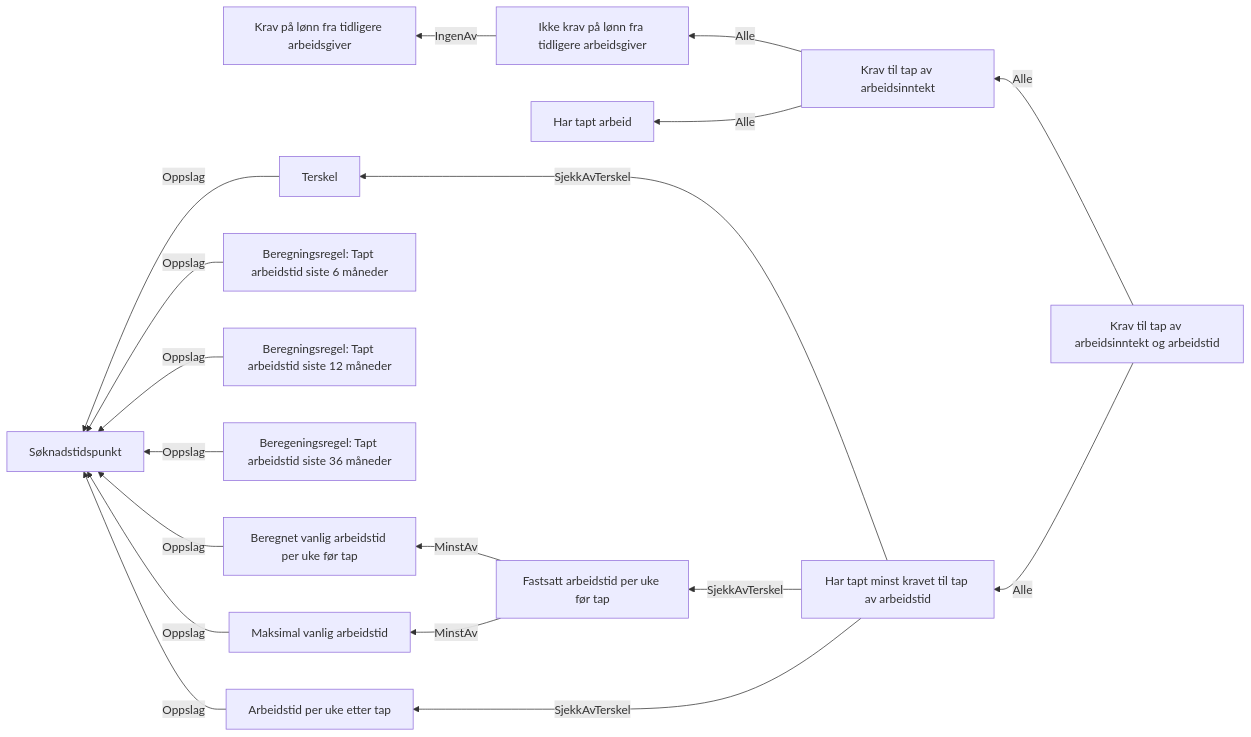
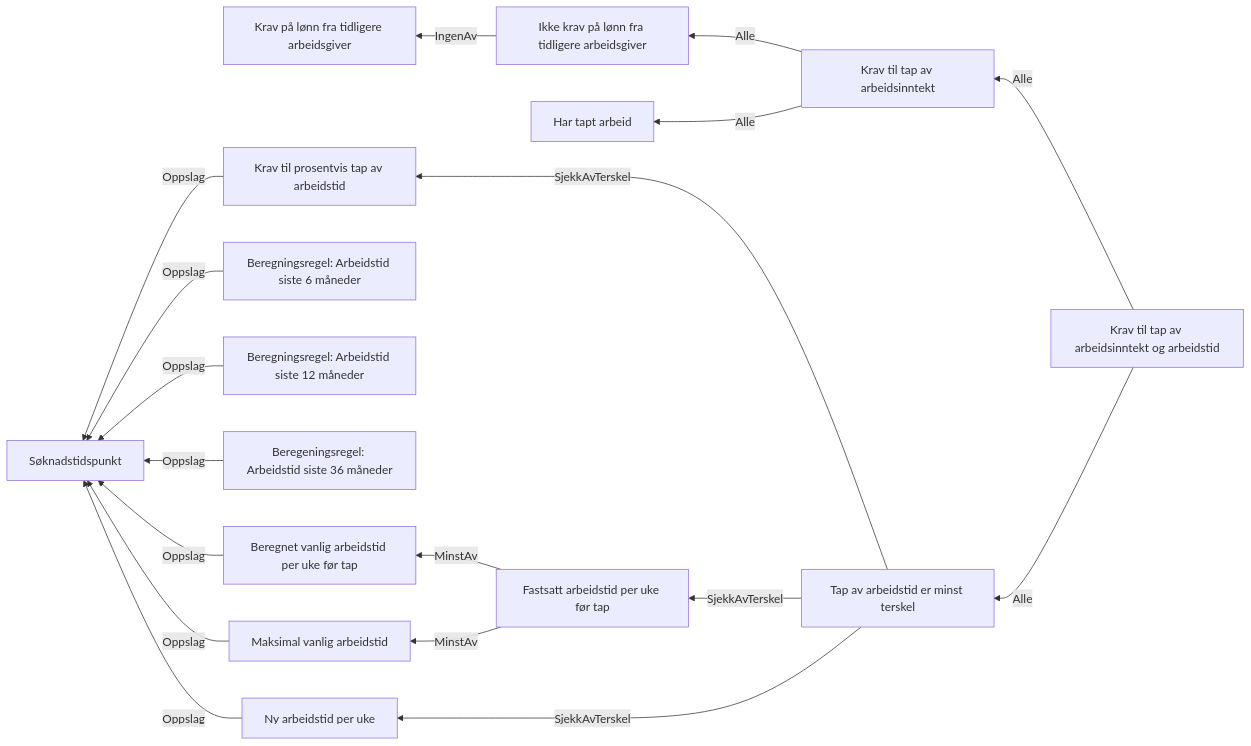
The diagram in docs/regler/§ 4-3. Tap av arbeidsinntekt og arbeidstid.approved.md (navikt/dp-vedtak), drawn with Mermaid before and after one commit.

Commit message:
Legg til oppdatert dokumentasjonen for §4-3

````diff
--- a/docs/regler/§ 4-3. Tap av arbeidsinntekt og arbeidstid.approved.md
+++ b/docs/regler/§ 4-3. Tap av arbeidsinntekt og arbeidstid.approved.md
@@ -5,20 +5,20 @@
 ```mermaid
 graph RL
   A["Ikke krav på lønn fra tidligere arbeidsgiver"] -->|"IngenAv"| B["Krav på lønn fra tidligere arbeidsgiver"]
   C["Krav til tap av arbeidsinntekt"] -->|"Alle"| D["Har tapt arbeid"]
   C["Krav til tap av arbeidsinntekt"] -->|"Alle"| A["Ikke krav på lønn fra tidligere arbeidsgiver"]
-  E["Terskel"] -->|"Oppslag"| F["Søknadstidspunkt"]
-  G["Beregningsregel: Tapt arbeidstid siste 6 måneder"] -->|"Oppslag"| F["Søknadstidspunkt"]
-  H["Beregningsregel: Tapt arbeidstid siste 12 måneder"] -->|"Oppslag"| F["Søknadstidspunkt"]
-  I["Beregeningsregel: Tapt arbeidstid siste 36 måneder"] -->|"Oppslag"| F["Søknadstidspunkt"]
+  E["Krav til prosentvis tap av arbeidstid"] -->|"Oppslag"| F["Søknadstidspunkt"]
+  G["Beregningsregel: Arbeidstid siste 6 måneder"] -->|"Oppslag"| F["Søknadstidspunkt"]
+  H["Beregningsregel: Arbeidstid siste 12 måneder"] -->|"Oppslag"| F["Søknadstidspunkt"]
+  I["Beregeningsregel: Arbeidstid siste 36 måneder"] -->|"Oppslag"| F["Søknadstidspunkt"]
   J["Beregnet vanlig arbeidstid per uke før tap"] -->|"Oppslag"| F["Søknadstidspunkt"]
   K["Maksimal vanlig arbeidstid"] -->|"Oppslag"| F["Søknadstidspunkt"]
   L["Fastsatt arbeidstid per uke før tap"] -->|"MinstAv"| J["Beregnet vanlig arbeidstid per uke før tap"]
   L["Fastsatt arbeidstid per uke før tap"] -->|"MinstAv"| K["Maksimal vanlig arbeidstid"]
-  M["Arbeidstid per uke etter tap"] -->|"Oppslag"| F["Søknadstidspunkt"]
-  N["Har tapt minst kravet til tap av arbeidstid"] -->|"SjekkAvTerskel"| M["Arbeidstid per uke etter tap"]
-  N["Har tapt minst kravet til tap av arbeidstid"] -->|"SjekkAvTerskel"| L["Fastsatt arbeidstid per uke før tap"]
-  N["Har tapt minst kravet til tap av arbeidstid"] -->|"SjekkAvTerskel"| E["Terskel"]
+  M["Ny arbeidstid per uke"] -->|"Oppslag"| F["Søknadstidspunkt"]
+  N["Tap av arbeidstid er minst terskel"] -->|"SjekkAvTerskel"| M["Ny arbeidstid per uke"]
+  N["Tap av arbeidstid er minst terskel"] -->|"SjekkAvTerskel"| L["Fastsatt arbeidstid per uke før tap"]
+  N["Tap av arbeidstid er minst terskel"] -->|"SjekkAvTerskel"| E["Krav til prosentvis tap av arbeidstid"]
   O["Krav til tap av arbeidsinntekt og arbeidstid"] -->|"Alle"| C["Krav til tap av arbeidsinntekt"]
-  O["Krav til tap av arbeidsinntekt og arbeidstid"] -->|"Alle"| N["Har tapt minst kravet til tap av arbeidstid"]
+  O["Krav til tap av arbeidsinntekt og arbeidstid"] -->|"Alle"| N["Tap av arbeidstid er minst terskel"]
 ```
````
